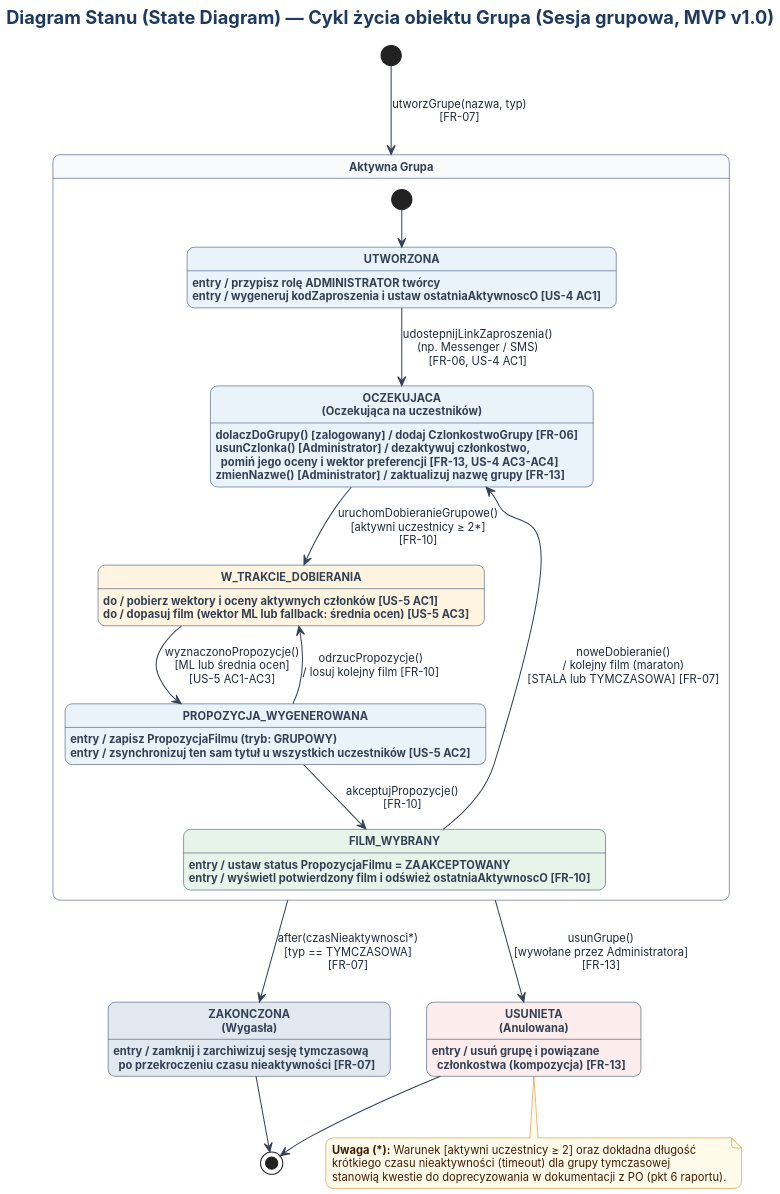
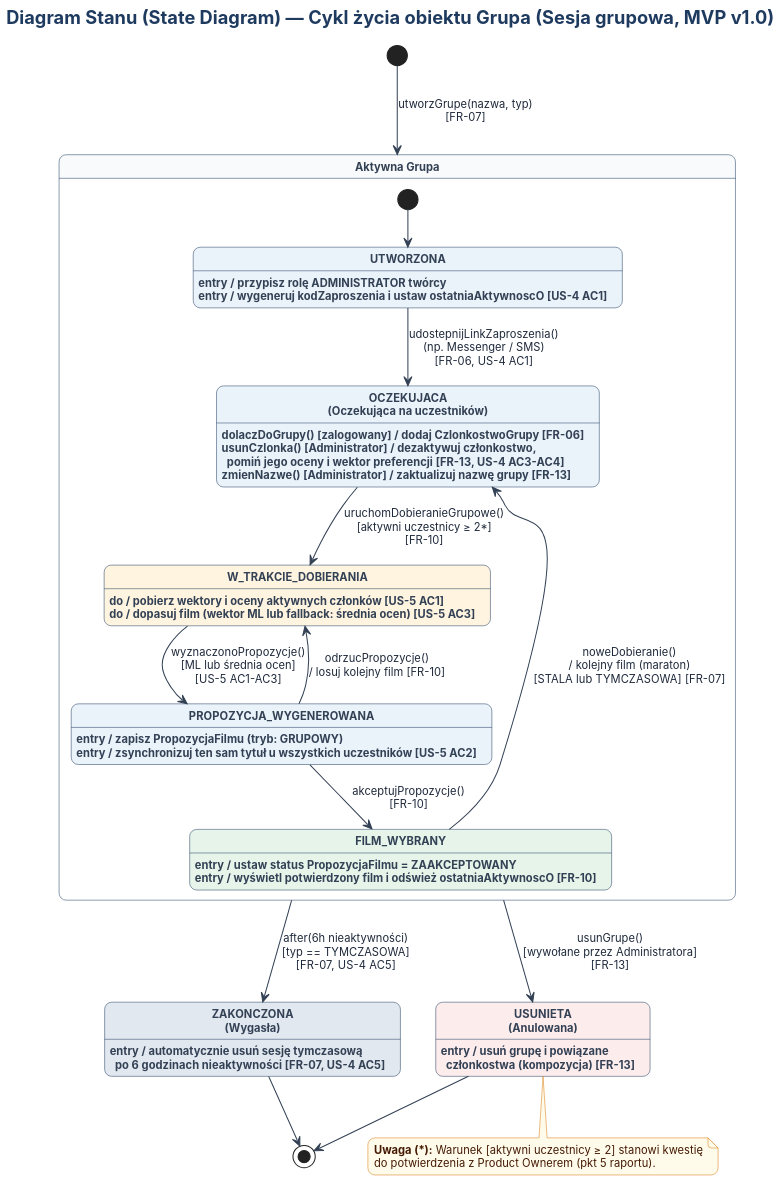
Before and after one commit to SzymonK328190/laboratorium7_uml_moviematch: the diagram in puml/04_state_diagram.puml, drawn with PlantUML. The commit also changed 15 other files, not shown here.

```diff
--- a/puml/04_state_diagram.puml
+++ b/puml/04_state_diagram.puml
@@ -1,102 +1,101 @@
 @startuml 04_state_diagram
 skinparam dpi 180
 skinparam shadowing false
 skinparam defaultFontName "Inter"
 skinparam defaultFontSize 12
 skinparam roundcorner 14
 
 skinparam titleFontSize 18
 skinparam titleFontColor #1E3A5F
 skinparam footerFontSize 10
 skinparam footerFontColor #64748B
 
 skinparam state {
   BackgroundColor #EAF2FA
   BorderColor #1E3A5F
   FontColor #0F172A
   FontStyle bold
   AttributeFontColor #334155
   AttributeFontSize 11
   StartColor #1E3A5F
   EndColor #1E3A5F
   ArrowColor #334155
   ArrowFontColor #1E293B
   ArrowFontSize 11
 }
 
 skinparam note {
   BackgroundColor #FFFBEB
   BorderColor #D97706
   FontColor #451A03
   FontSize 11
 }
 
 title Diagram Stanu (State Diagram) — Cykl życia obiektu Grupa (Sesja grupowa, MVP v1.0)
 
 [*] --> AktywnaGrupa : utworzGrupe(nazwa, typ)\n[FR-07]
 
 state "Aktywna Grupa" as AktywnaGrupa #F8FAFC {
 
   [*] --> Utworzona
 
   state "UTWORZONA" as Utworzona {
     Utworzona : entry / przypisz rolę ADMINISTRATOR twórcy
     Utworzona : entry / wygeneruj kodZaproszenia i ustaw ostatniaAktywnoscO [US-4 AC1]
   }
 
   state "OCZEKUJACA\n(Oczekująca na uczestników)" as Oczekujaca {
     Oczekujaca : dolaczDoGrupy() [zalogowany] / dodaj CzlonkostwoGrupy [FR-06]
     Oczekujaca : usunCzlonka() [Administrator] / dezaktywuj członkostwo,\n  pomiń jego oceny i wektor preferencji [FR-13, US-4 AC3–AC4]
     Oczekujaca : zmienNazwe() [Administrator] / zaktualizuj nazwę grupy [FR-13]
   }
 
   state "W_TRAKCIE_DOBIERANIA" as Dobieranie #FFF4E0 {
     Dobieranie : do / pobierz wektory i oceny aktywnych członków [US-5 AC1]
     Dobieranie : do / dopasuj film (wektor ML lub fallback: średnia ocen) [US-5 AC3]
   }
 
   state "PROPOZYCJA_WYGENEROWANA" as Propozycja #EAF2FA {
     Propozycja : entry / zapisz PropozycjaFilmu (tryb: GRUPOWY)
     Propozycja : entry / zsynchronizuj ten sam tytuł u wszystkich uczestników [US-5 AC2]
   }
 
   state "FILM_WYBRANY" as Wybrany #E6F4EA {
     Wybrany : entry / ustaw status PropozycjaFilmu = ZAAKCEPTOWANY
     Wybrany : entry / wyświetl potwierdzony film i odśwież ostatniaAktywnoscO [FR-10]
   }
 
   Utworzona --> Oczekujaca : udostepnijLinkZaproszenia()\n(np. Messenger / SMS)\n[FR-06, US-4 AC1]
 
   Oczekujaca --> Dobieranie : uruchomDobieranieGrupowe()\n[aktywni uczestnicy ≥ 2*]\n[FR-10]
 
   Dobieranie --> Propozycja : wyznaczonoPropozycje()\n[ML lub średnia ocen]\n[US-5 AC1–AC3]
 
   Propozycja --> Dobieranie : odrzucPropozycje()\n/ losuj kolejny film [FR-10]
 
   Propozycja --> Wybrany : akceptujPropozycje()\n[FR-10]
 
   Wybrany --> Oczekujaca : noweDobieranie()\n/ kolejny film (maraton)\n[STALA lub TYMCZASOWA] [FR-07]
 }
 
 state "ZAKONCZONA\n(Wygasła)" as Zakonczona #E2E8F0 {
-  Zakonczona : entry / zamknij i zarchiwizuj sesję tymczasową\n  po przekroczeniu czasu nieaktywności [FR-07]
+  Zakonczona : entry / automatycznie usuń sesję tymczasową\n  po 6 godzinach nieaktywności [FR-07, US-4 AC5]
 }
 
 state "USUNIETA\n(Anulowana)" as Usunieta #FDECEC {
   Usunieta : entry / usuń grupę i powiązane\n  członkostwa (kompozycja) [FR-13]
 }
 
-AktywnaGrupa --> Zakonczona : after(czasNieaktywnosci*)\n[typ == TYMCZASOWA]\n[FR-07]
+AktywnaGrupa --> Zakonczona : after(6h nieaktywności)\n[typ == TYMCZASOWA]\n[FR-07, US-4 AC5]
 
 AktywnaGrupa --> Usunieta : usunGrupe()\n[wywołane przez Administratora]\n[FR-13]
 
 Zakonczona --> [*]
 Usunieta --> [*]
 
 note bottom of Usunieta
-  <b>Uwaga (*):</b> Warunek [aktywni uczestnicy ≥ 2] oraz dokładna długość
-  krótkiego czasu nieaktywności (timeout) dla grupy tymczasowej
-  stanowią kwestie do doprecyzowania w dokumentacji z PO (pkt 6 raportu).
+  <b>Uwaga (*):</b> Warunek [aktywni uczestnicy ≥ 2] stanowi kwestię
+  do potwierdzenia z Product Ownerem (pkt 5 raportu).
 end note
 
 @enduml
```
